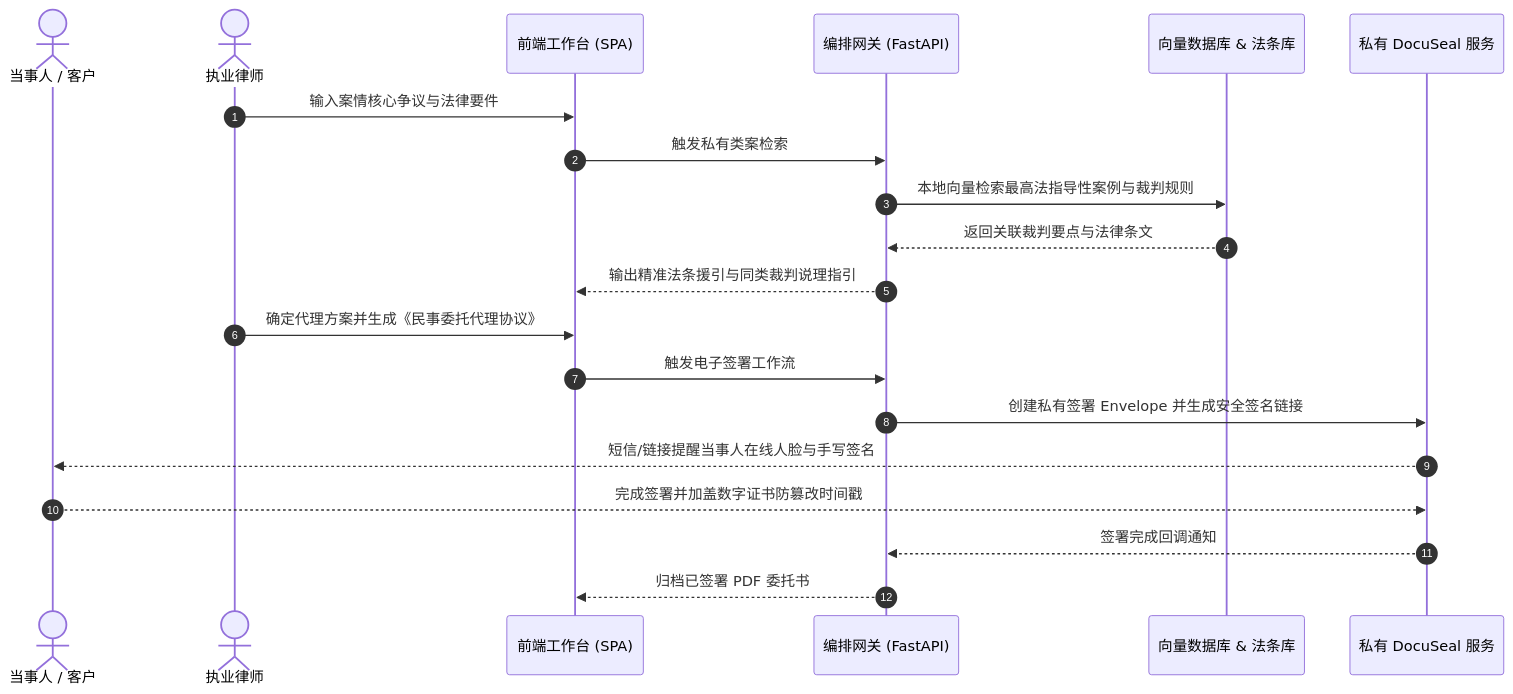
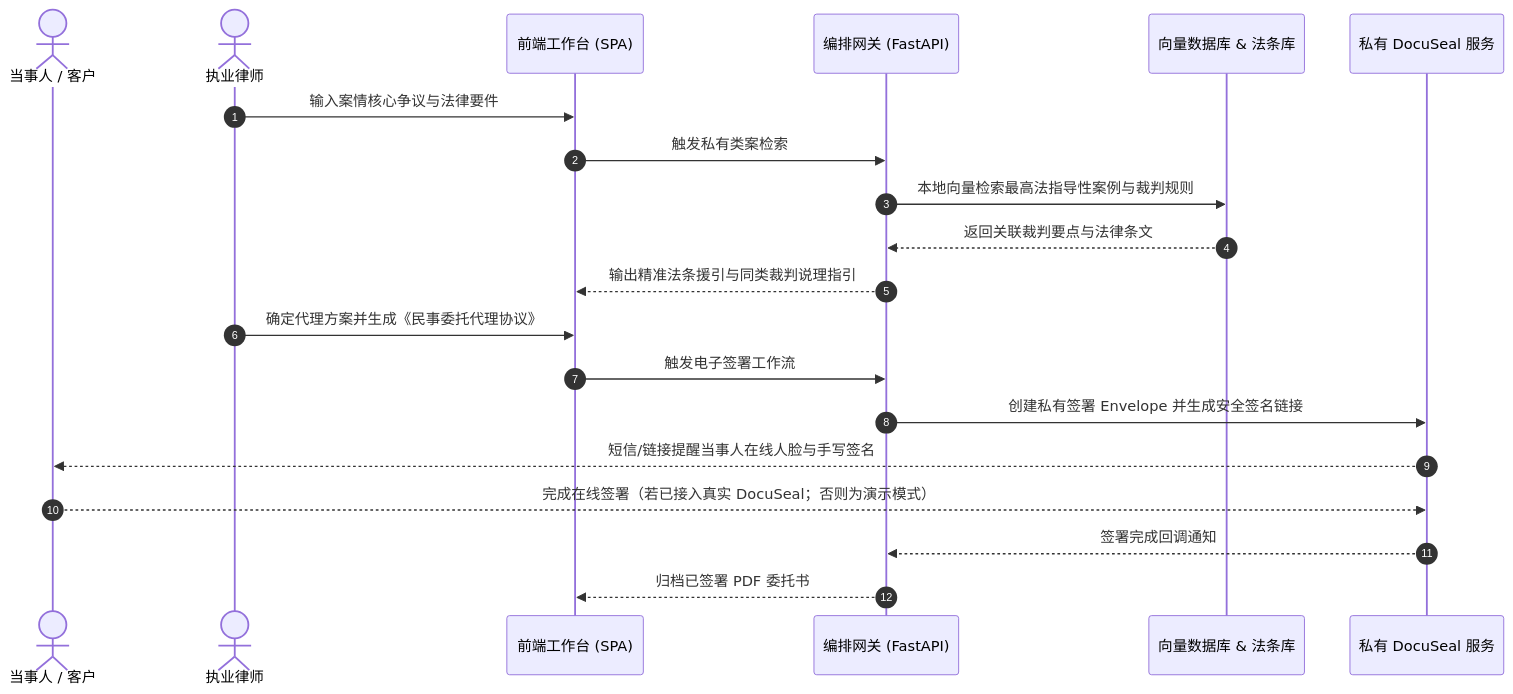
The fourth of 4 diagrams in ARCHITECTURE.md (kevinyaowenrui-hue/lawflow), drawn with Mermaid before and after one commit. The commit also changed 5 other files, not shown here.

````diff
--- a/ARCHITECTURE.md
+++ b/ARCHITECTURE.md
@@ -124,23 +124,23 @@
 ```mermaid
 sequenceDiagram
     autonumber
     actor Client as 当事人 / 客户
     actor Lawyer as 执业律师
     participant UI as 前端工作台 (SPA)
     participant GW as 编排网关 (FastAPI)
     participant RAG as 向量数据库 & 法条库
     participant DocuSeal as 私有 DocuSeal 服务
 
     Lawyer->>UI: 输入案情核心争议与法律要件
     UI->>GW: 触发私有类案检索
     GW->>RAG: 本地向量检索最高法指导性案例与裁判规则
     RAG-->>GW: 返回关联裁判要点与法律条文
     GW-->>UI: 输出精准法条援引与同类裁判说理指引
     Lawyer->>UI: 确定代理方案并生成《民事委托代理协议》
     UI->>GW: 触发电子签署工作流
     GW->>DocuSeal: 创建私有签署 Envelope 并生成安全签名链接
     DocuSeal-->>Client: 短信/链接提醒当事人在线人脸与手写签名
-    Client-->>DocuSeal: 完成签署并加盖数字证书防篡改时间戳
+    Client-->>DocuSeal: 完成在线签署（若已接入真实 DocuSeal；否则为演示模式）
     DocuSeal-->>GW: 签署完成回调通知
     GW-->>UI: 归档已签署 PDF 委托书
 ```
````
